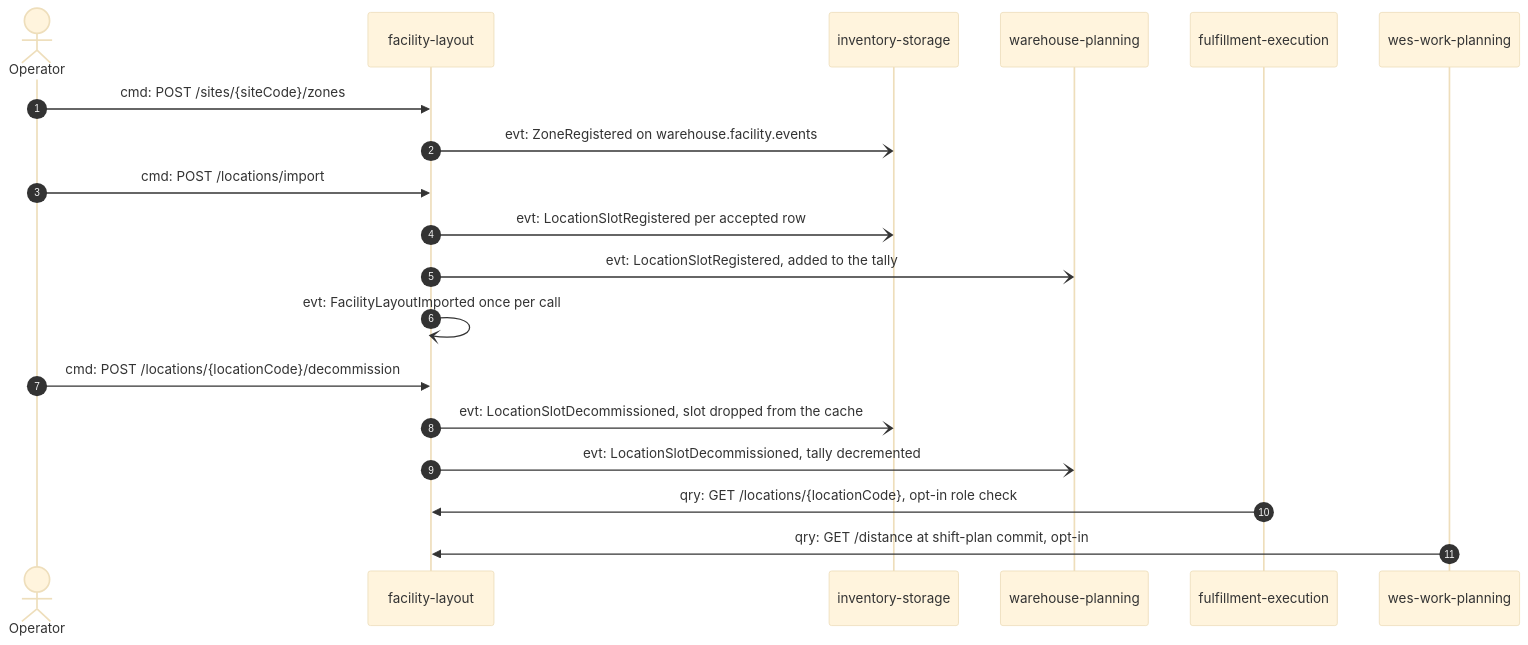
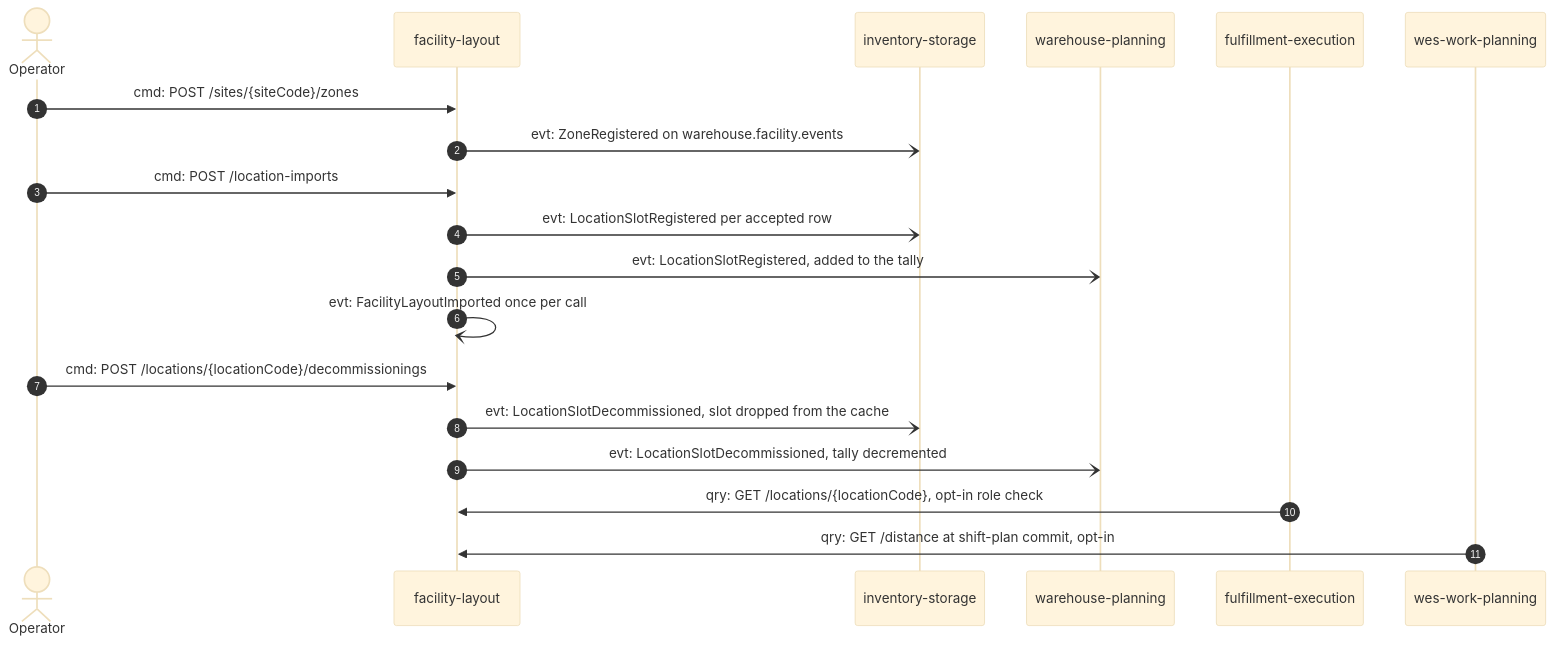
One commit to IQVO/warehouse-docs changed the eighth of 11 diagrams in docs/strategic-design/domain-message-flows.md. Above: the diagram before and after it, drawn with Mermaid (base theme). The commit also changed other lines of this file and 272 other files, not shown here.

````diff
--- a/docs/strategic-design/domain-message-flows.md
+++ b/docs/strategic-design/domain-message-flows.md
@@ -429,21 +429,21 @@
 ```mermaid
 sequenceDiagram
     autonumber
     actor Op as Operator
     participant FL as facility-layout
     participant INV as inventory-storage
     participant WPL as warehouse-planning
     participant FE as fulfillment-execution
     participant WP as wes-work-planning
     Op->>FL: cmd: POST /sites/{siteCode}/zones
     FL-)INV: evt: ZoneRegistered on warehouse.facility.events
-    Op->>FL: cmd: POST /locations/import
+    Op->>FL: cmd: POST /location-imports
     FL-)INV: evt: LocationSlotRegistered per accepted row
     FL-)WPL: evt: LocationSlotRegistered, added to the tally
     FL-)FL: evt: FacilityLayoutImported once per call
-    Op->>FL: cmd: POST /locations/{locationCode}/decommission
+    Op->>FL: cmd: POST /locations/{locationCode}/decommissionings
     FL-)INV: evt: LocationSlotDecommissioned, slot dropped from the cache
     FL-)WPL: evt: LocationSlotDecommissioned, tally decremented
     FE->>FL: qry: GET /locations/{locationCode}, opt-in role check
     WP->>FL: qry: GET /distance at shift-plan commit, opt-in
 ```
````
